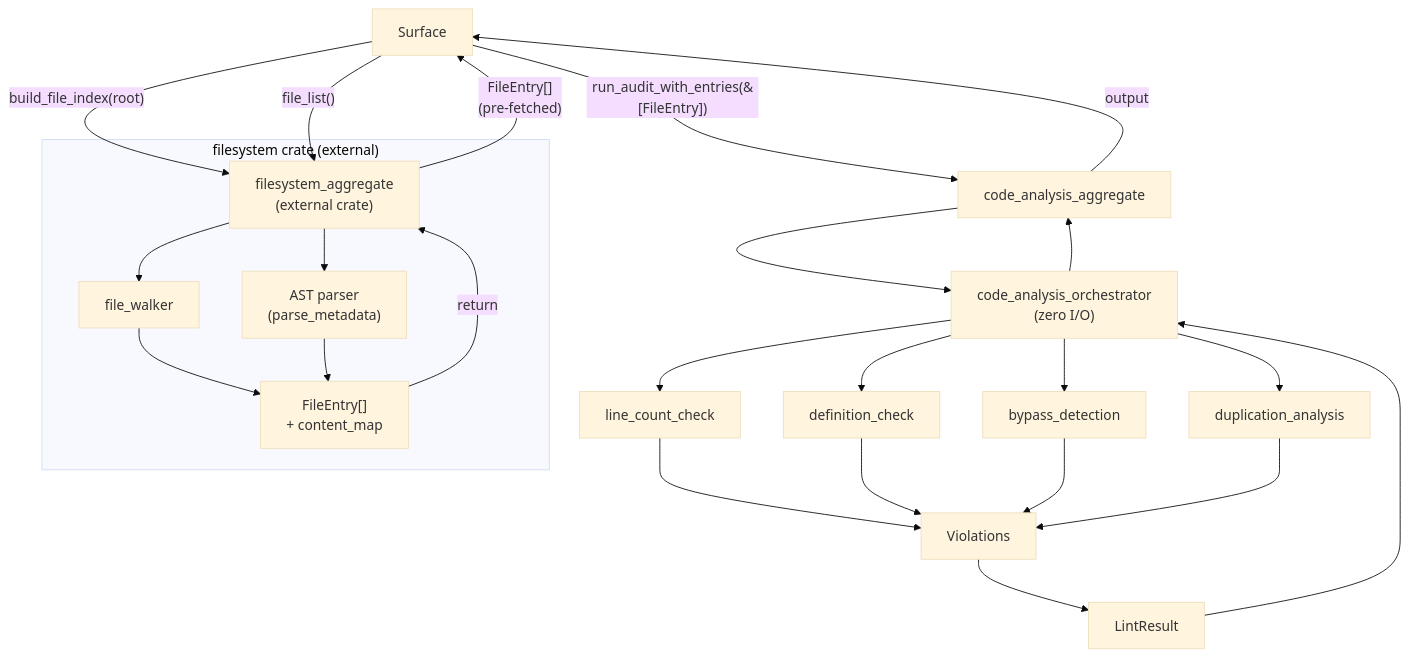
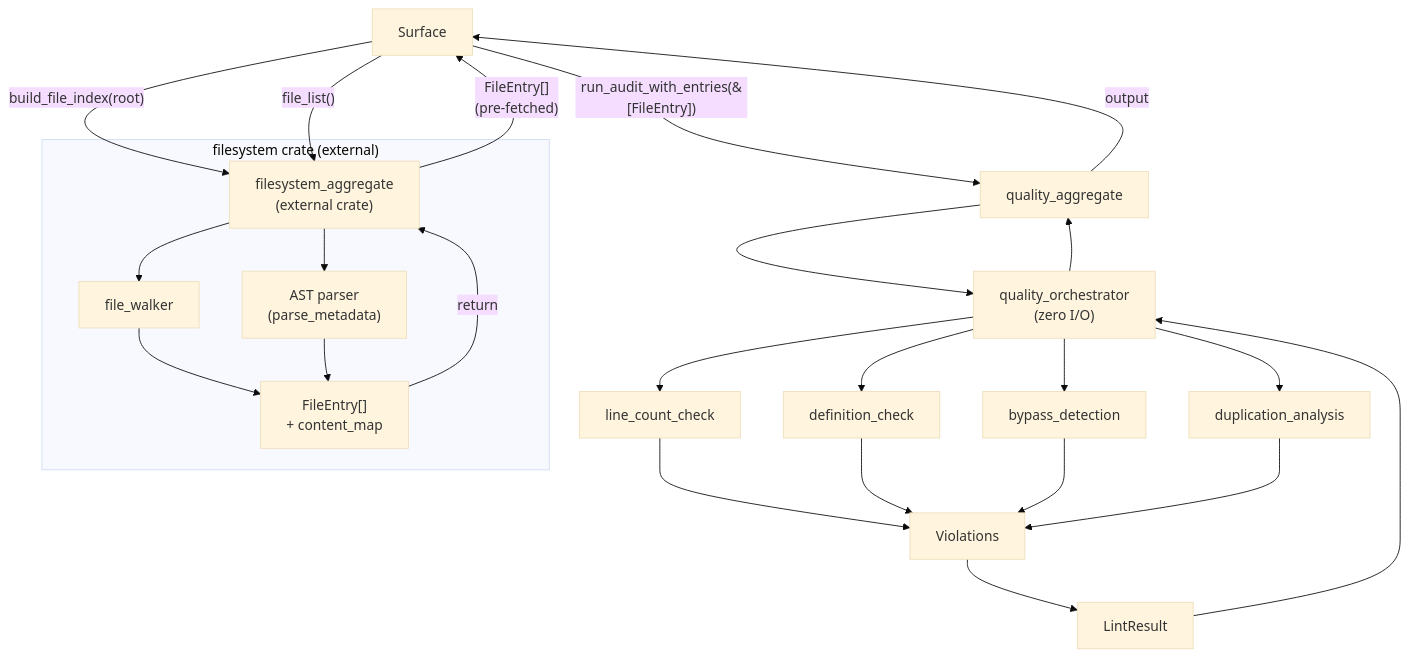
Before and after one commit to rakaarwaky/lint-arwaky: the diagram in crates/quality-rules/FRD.md, drawn with Mermaid (base theme). The commit also changed other lines of this file and 60 other files, not shown here.

First line of the commit message:
feat(graph-loop): Implement state manager and trigger scanner for pipeline orchestration

````diff
--- a/crates/quality-rules/FRD.md
+++ b/crates/quality-rules/FRD.md
@@ -13,33 +13,33 @@
 ```mermaid
 flowchart TD
     A["Surface"] -->|"build_file_index(root)"| D["filesystem_aggregate\n(external crate)"]
     A -->|"file_list()"| D
 
     subgraph FS ["filesystem crate (external)"]
         D --> E1["file_walker"]
         D --> E2["AST parser\n(parse_metadata)"]
         E1 --> G1["FileEntry[]\n+ content_map"]
         E2 --> G1
     end
 
     G1 -->|"return"| D
     D -->|"FileEntry[]\n(pre-fetched)"| A
 
-    A -->|"run_audit_with_entries(&[FileEntry])"| B["code_analysis_aggregate"]
-    B --> C["code_analysis_orchestrator\n(zero I/O)"]
+    A -->|"run_audit_with_entries(&[FileEntry])"| B["quality_aggregate"]
+    B --> C["quality_orchestrator\n(zero I/O)"]
 
     C --> H1["line_count_check"]
     C --> H2["definition_check"]
     C --> H3["bypass_detection"]
     C --> H4["duplication_analysis"]
 
     H1 --> I["Violations"]
     H2 --> I
     H3 --> I
     H4 --> I
     I --> J["LintResult"]
     J --> C
     C --> B
     B -->|output| A
 
 ```
````
